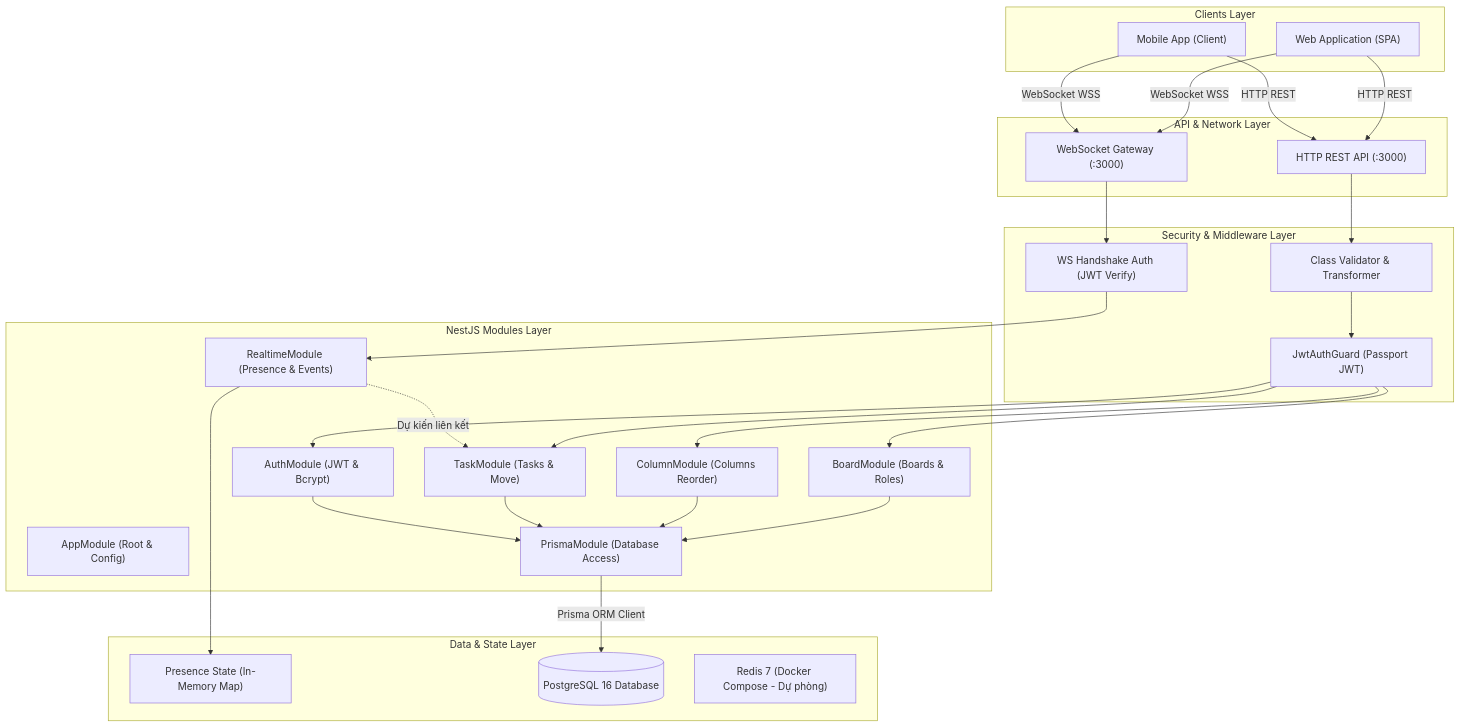
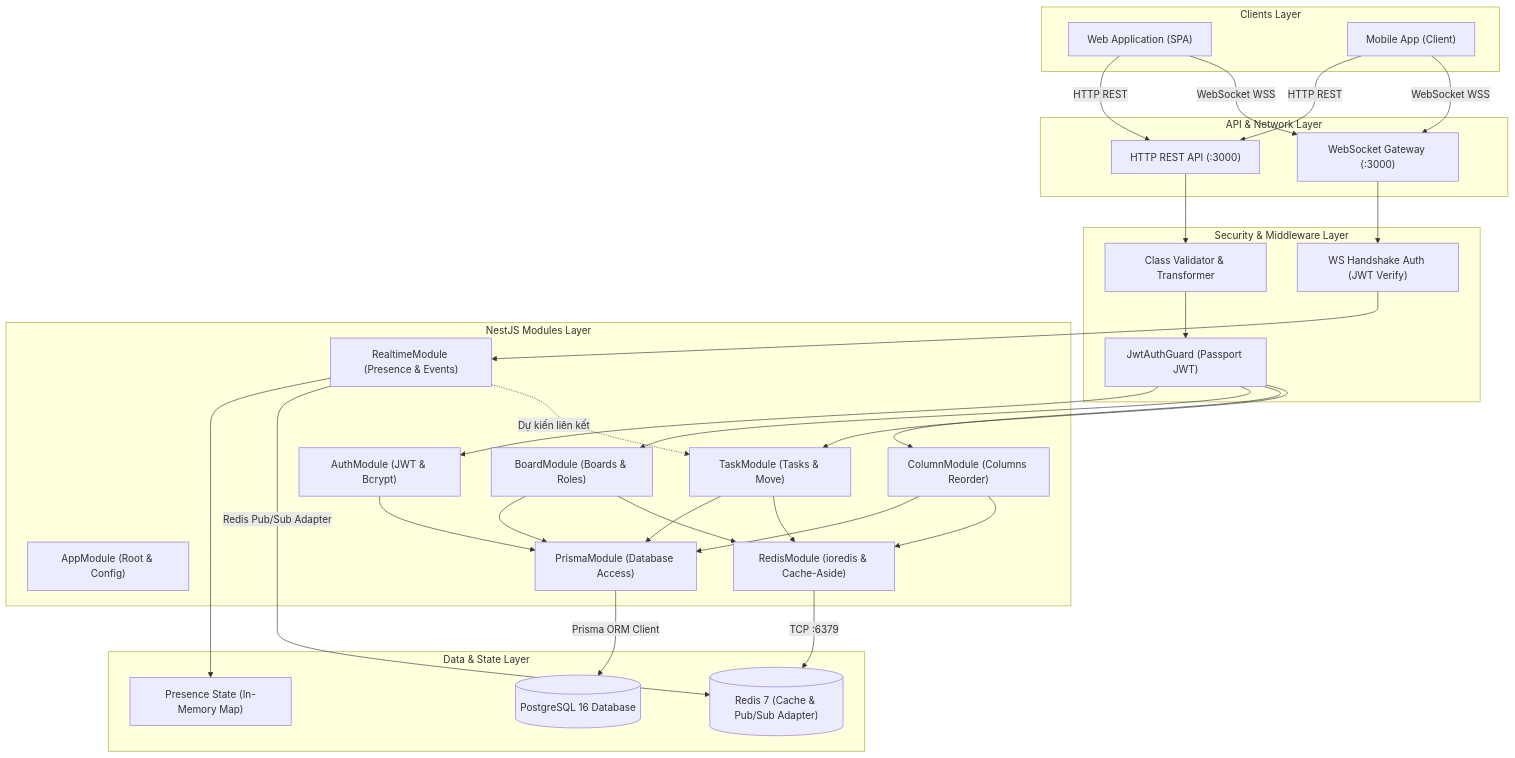
One commit to BambooSync/bamboo-sync-board-server changed the first of 4 diagrams in docs/architecture.md. Above: the diagram before and after it, drawn with Mermaid. The commit also changed other lines of this file and 13 other files, not shown here.

Commit message:
feat(redis): implement cache-aside and websocket adapter

````diff
--- a/docs/architecture.md
+++ b/docs/architecture.md
@@ -11,58 +11,65 @@
 ```mermaid
 graph TB
     subgraph Clients["Clients Layer"]
         WebClient["Web Application (SPA)"]
         MobileClient["Mobile App (Client)"]
     end
 
     subgraph EntryPoint["API & Network Layer"]
         HttpEntry["HTTP REST API (:3000)"]
         WsEntry["WebSocket Gateway (:3000)"]
     end
 
     subgraph Security["Security & Middleware Layer"]
         JwtGuard["JwtAuthGuard (Passport JWT)"]
         WsAuth["WS Handshake Auth (JWT Verify)"]
         ValidationPipe["Class Validator & Transformer"]
     end
 
     subgraph Business["NestJS Modules Layer"]
         AppMod["AppModule (Root & Config)"]
         AuthMod["AuthModule (JWT & Bcrypt)"]
         BoardMod["BoardModule (Boards & Roles)"]
         ColMod["ColumnModule (Columns Reorder)"]
         TaskMod["TaskModule (Tasks & Move)"]
         RealtimeMod["RealtimeModule (Presence & Events)"]
         PrismaMod["PrismaModule (Database Access)"]
+        RedisMod["RedisModule (ioredis & Cache-Aside)"]
     end
 
     subgraph StateAndStorage["Data & State Layer"]
         InMemoryState["Presence State (In-Memory Map)"]
         Postgres[("PostgreSQL 16 Database")]
-        RedisContainer["Redis 7 (Docker Compose - Dự phòng)"]
+        RedisContainer[("Redis 7 (Cache & Pub/Sub Adapter)")]
     end
 
     WebClient -->|HTTP REST| HttpEntry
     MobileClient -->|HTTP REST| HttpEntry
     WebClient -->|WebSocket WSS| WsEntry
     MobileClient -->|WebSocket WSS| WsEntry
 
     HttpEntry --> ValidationPipe --> JwtGuard
     WsEntry --> WsAuth
 
     JwtGuard --> AuthMod
     JwtGuard --> BoardMod
     JwtGuard --> ColMod
     JwtGuard --> TaskMod
 
     WsAuth --> RealtimeMod
     RealtimeMod --> InMemoryState
+    RealtimeMod -->|Redis Pub/Sub Adapter| RedisContainer
     RealtimeMod -.->|Dự kiến liên kết| TaskMod
 
     BoardMod --> PrismaMod
     ColMod --> PrismaMod
     TaskMod --> PrismaMod
     AuthMod --> PrismaMod
 
+    BoardMod --> RedisMod
+    ColMod --> RedisMod
+    TaskMod --> RedisMod
+
+    RedisMod -->|TCP :6379| RedisContainer
     PrismaMod -->|Prisma ORM Client| Postgres
 ```
````
